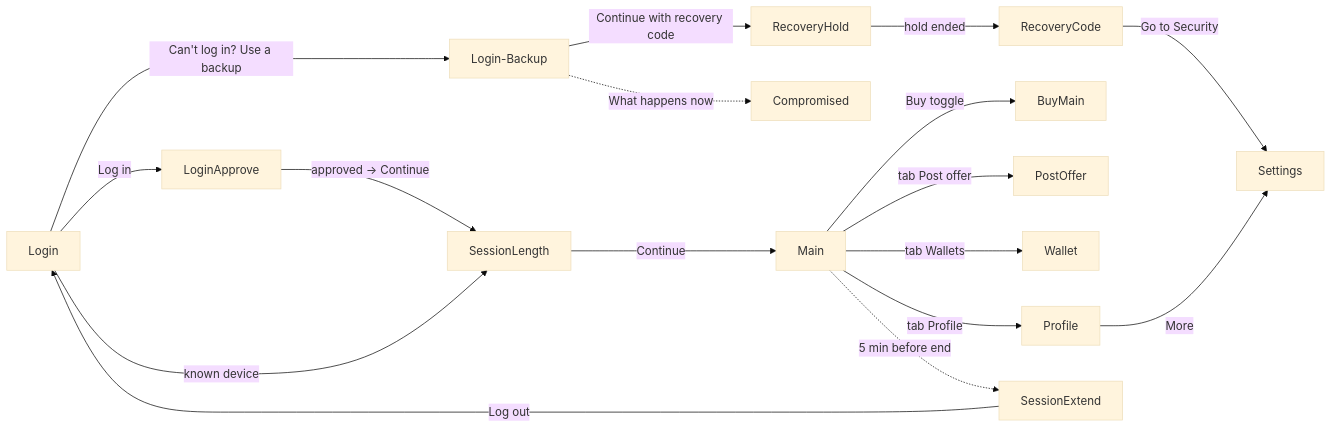
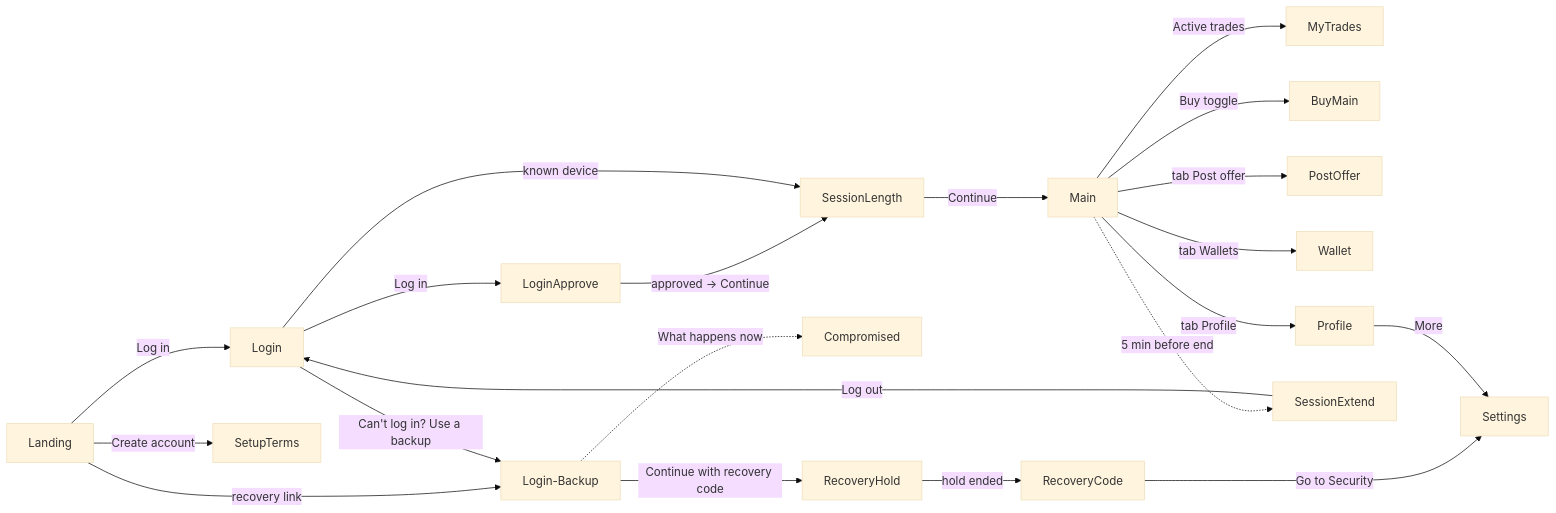
Before and after one commit to Bamove6969/X2F: the first of 8 diagrams in docs/design-flow-map-2026-11-08.md, drawn with Mermaid (base theme). The commit also changed other lines of this file and 10 other files, not shown here.

First line of the commit message:
READY: front door closed: logged-out invite page, agreement-first signup order, flow map; canvas v144

````diff
--- a/docs/design-flow-map-2026-11-08.md
+++ b/docs/design-flow-map-2026-11-08.md
@@ -90,19 +95,23 @@
 ```mermaid
 flowchart LR
+  Landing -->|"Log in"| Login
+  Landing -->|"Create account"| SetupTerms
+  Landing -->|"recovery link"| LoginBackup
   Login -->|"Log in"| LoginApprove
   Login -->|"Can't log in? Use a backup"| LoginBackup["Login-Backup"]
   LoginBackup -->|"Continue with recovery code"| RecoveryHold
   RecoveryHold -->|"hold ended"| RecoveryCode
   RecoveryCode -->|"Go to Security"| Settings
   LoginBackup -.->|"What happens now"| Compromised
   LoginApprove -->|"approved → Continue"| SessionLength
   Login -->|"known device"| SessionLength
   SessionLength -->|"Continue"| Main
+  Main -->|"Active trades"| MyTrades
   Main -->|"Buy toggle"| BuyMain
   Main -->|"tab Post offer"| PostOffer
   Main -->|"tab Wallets"| Wallet
   Main -->|"tab Profile"| Profile
   Profile -->|"More"| Settings
   Main -.->|"5 min before end"| SessionExtend
   SessionExtend -->|"Log out"| Login
 ```
````
